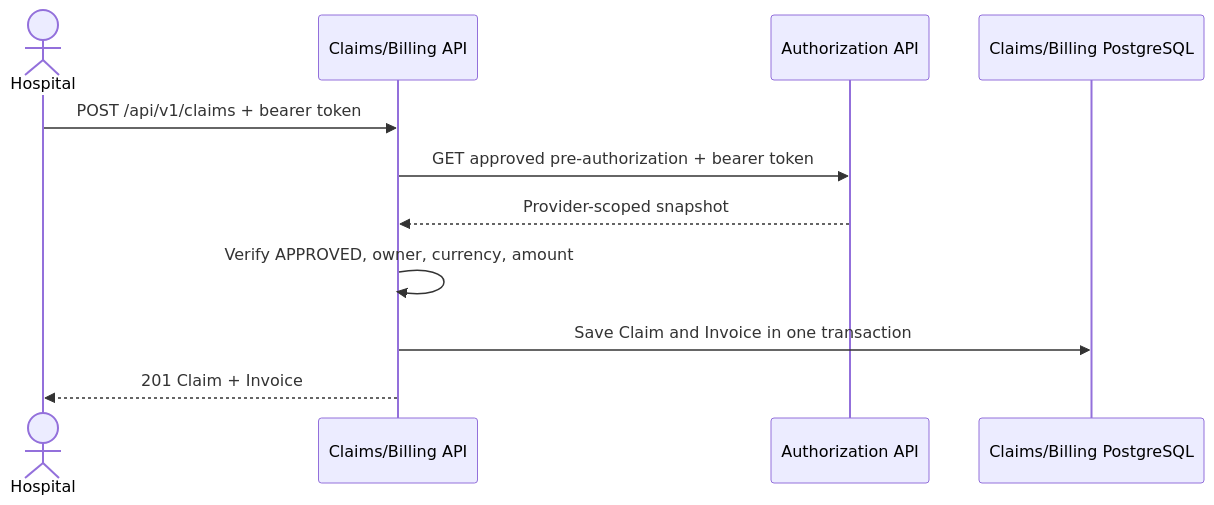
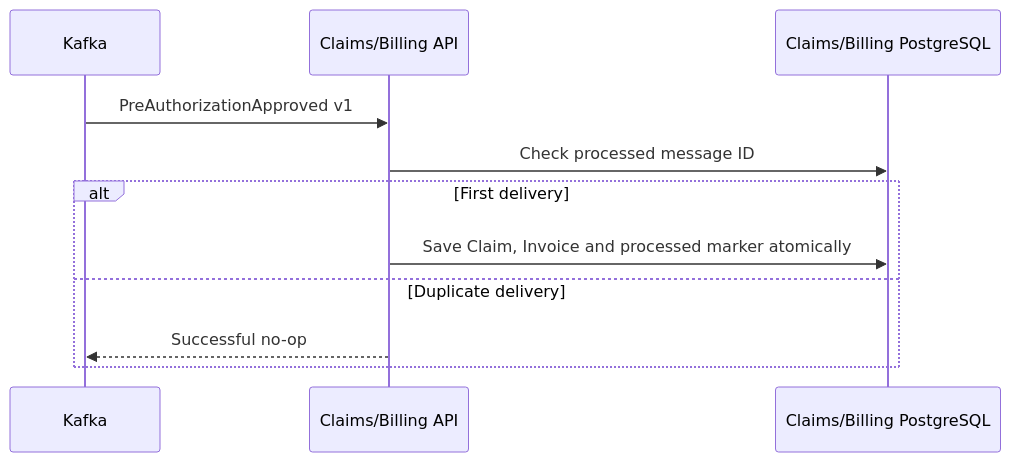
The third of 3 diagrams in docs/architecture/claims-billing-service.md (aydindemir1/health-insurance-platform), drawn with Mermaid before and after one commit. The commit also changed other lines of this file and 12 other files, not shown here.

````diff
--- a/docs/architecture/claims-billing-service.md
+++ b/docs/architecture/claims-billing-service.md
@@ -41,13 +41,13 @@
 ```mermaid
 sequenceDiagram
-    actor Hospital
+    participant K as Kafka
     participant C as Claims/Billing API
-    participant A as Authorization API
     participant DB as Claims/Billing PostgreSQL
-    Hospital->>C: POST /api/v1/claims + bearer token
-    C->>A: GET approved pre-authorization + bearer token
-    A-->>C: Provider-scoped snapshot
-    C->>C: Verify APPROVED, owner, currency, amount
-    C->>DB: Save Claim and Invoice in one transaction
-    C-->>Hospital: 201 Claim + Invoice
+    K->>C: PreAuthorizationApproved v1
+    C->>DB: Check processed message ID
+    alt First delivery
+        C->>DB: Save Claim, Invoice and processed marker atomically
+    else Duplicate delivery
+        C-->>K: Successful no-op
+    end
 ```
````
